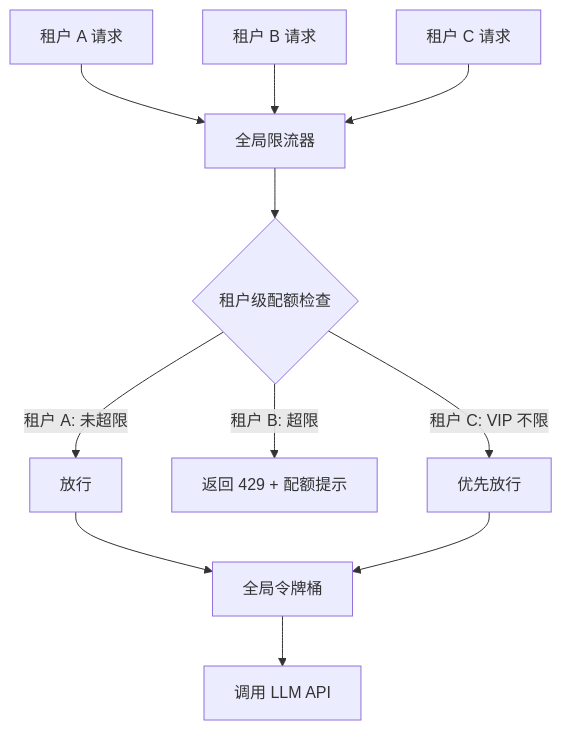
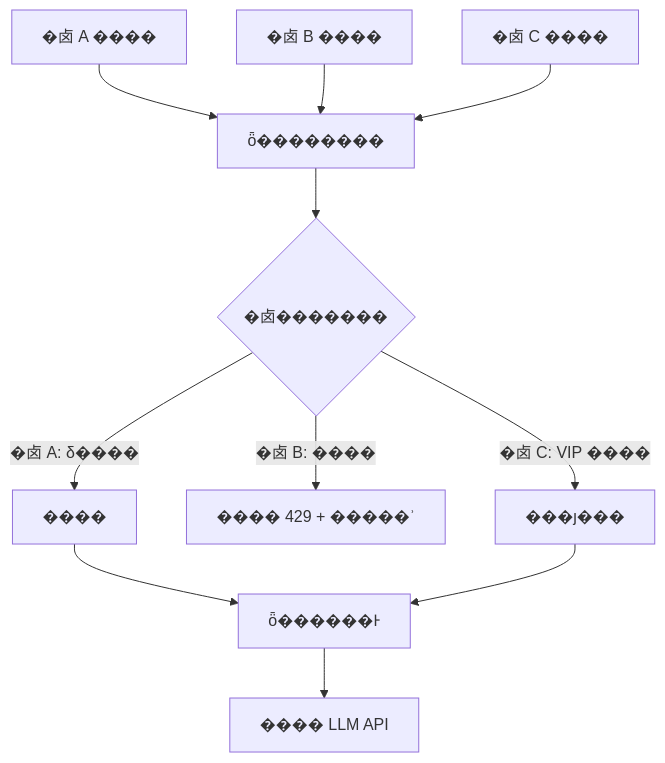
The sixth of 6 diagrams in content/post/ai-interview/429速率限制怎么解决.zh-CN.md (TimeHunter618/hugo-maid-dev), drawn with Mermaid before and after one commit. The commit also changed other lines of this file and 70 other files, not shown here.

````diff
--- a/content/post/ai-interview/429速率限制怎么解决.zh-CN.md
+++ b/content/post/ai-interview/429速率限制怎么解决.zh-CN.md
@@ -517,13 +517,13 @@
 ```mermaid
 graph TD
-    A[租户 A 请求] --> B[全局限流器]
-    C[租户 B 请求] --> B
-    D[租户 C 请求] --> B
-    B --> E{租户级配额检查}
-    E -->|租户 A: 未超限| F[放行]
-    E -->|租户 B: 超限| G["返回 429 + 配额提示"]
-    E -->|租户 C: VIP 不限| H[优先放行]
-    F --> I[全局令牌桶]
+    A[�⻧ A ����] --> B[ȫ��������]
+    C[�⻧ B ����] --> B
+    D[�⻧ C ����] --> B
+    B --> E{�⻧�������}
+    E -->|�⻧ A: δ����| F[����]
+    E -->|�⻧ B: ����| G["���� 429 + �����ʾ"]
+    E -->|�⻧ C: VIP ����| H[���ȷ���]
+    F --> I[ȫ������Ͱ]
     H --> I
-    I --> J[调用 LLM API]
+    I --> J[���� LLM API]
 ```
````
